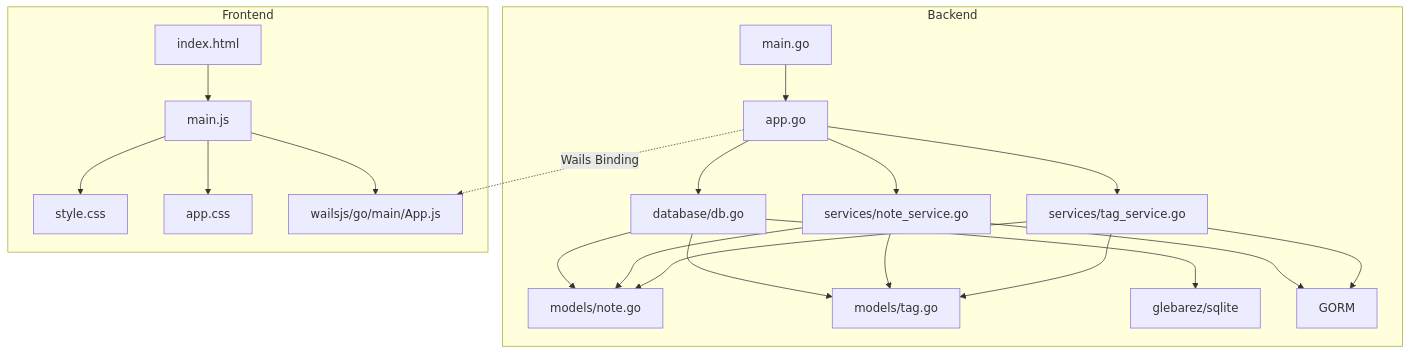
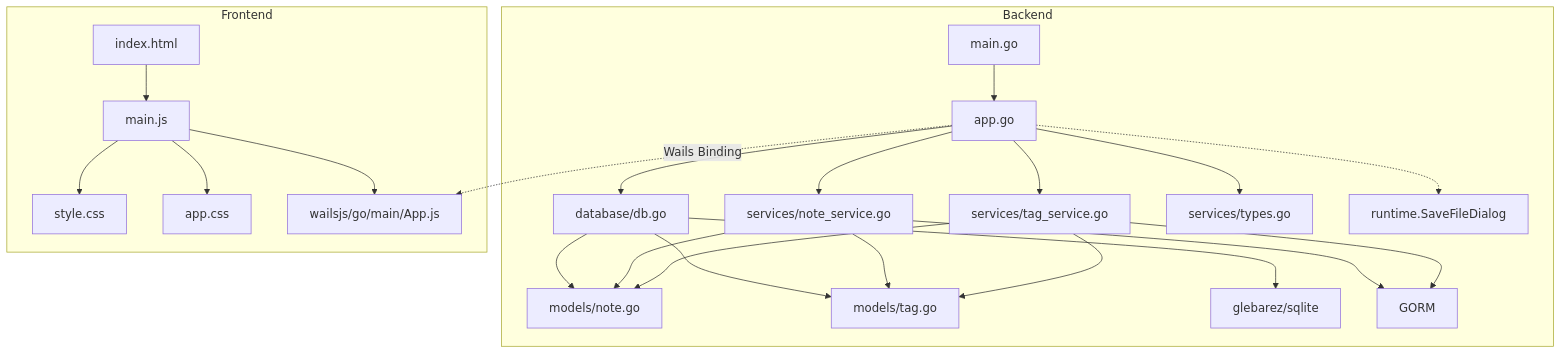
One commit to QiaoMuDe/jot changed the diagram in AGENTS.md. Above: the diagram before and after it, drawn with Mermaid. The commit also changed other lines of this file and 15 other files, not shown here.

First line of the commit message:
feat: 添加数据管理功能和移除列表视图

````diff
--- a/AGENTS.md
+++ b/AGENTS.md
@@ -153,27 +166,29 @@
 ```mermaid
 graph TD
     subgraph Backend
         A[main.go] --> B[app.go]
         B --> C[database/db.go]
         B --> D[services/note_service.go]
         B --> E[services/tag_service.go]
-        C --> F[models/note.go]
-        C --> G[models/tag.go]
-        D --> F
+        B --> F[services/types.go]
+        C --> G[models/note.go]
+        C --> H[models/tag.go]
         D --> G
-        E --> F
+        D --> H
         E --> G
-        C --> H[glebarez/sqlite]
-        D --> I[GORM]
-        E --> I
+        E --> H
+        C --> I[glebarez/sqlite]
+        D --> J[GORM]
+        E --> J
+        B -.-> K[runtime.SaveFileDialog]
     end
 
     subgraph Frontend
-        J[index.html] --> K[main.js]
-        K --> L[style.css]
-        K --> M[app.css]
-        K --> N[wailsjs/go/main/App.js]
+        L[index.html] --> M[main.js]
+        M --> N[style.css]
+        M --> O[app.css]
+        M --> P[wailsjs/go/main/App.js]
     end
 
-    B -.->|Wails Binding| N
+    B -.->|Wails Binding| P
 ```
````
